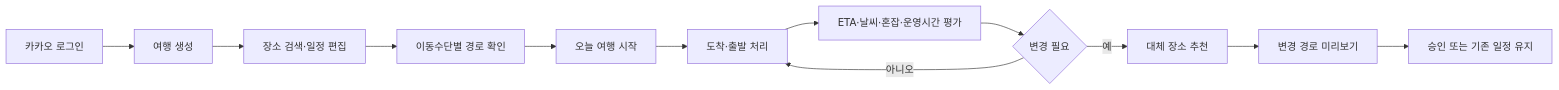
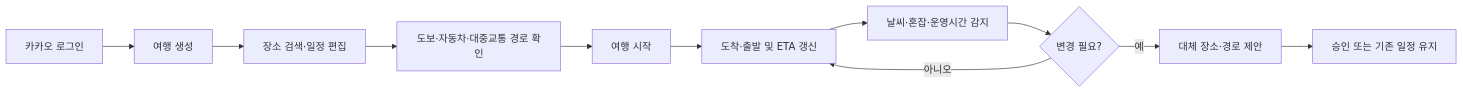
One commit to angry-cat55/gil-pick changed the first of 2 diagrams in README.md. Above: the diagram before and after it, drawn with Mermaid. The commit also changed other lines of this file, not shown here.

````diff
--- a/README.md
+++ b/README.md
@@ -13,14 +13,13 @@
 ```mermaid
 flowchart LR
     A[카카오 로그인] --> B[여행 생성]
     B --> C[장소 검색·일정 편집]
-    C --> D[이동수단별 경로 확인]
-    D --> E[오늘 여행 시작]
-    E --> F[도착·출발 처리]
-    F --> G[ETA·날씨·혼잡·운영시간 평가]
-    G --> H{변경 필요}
+    C --> D[도보·자동차·대중교통 경로 확인]
+    D --> E[여행 시작]
+    E --> F[도착·출발 및 ETA 갱신]
+    F --> G[날씨·혼잡·운영시간 감지]
+    G --> H{변경 필요?}
     H -- 아니오 --> F
-    H -- 예 --> I[대체 장소 추천]
-    I --> J[변경 경로 미리보기]
-    J --> K[승인 또는 기존 일정 유지]
+    H -- 예 --> I[대체 장소·경로 제안]
+    I --> J[승인 또는 기존 일정 유지]
 ```
````
